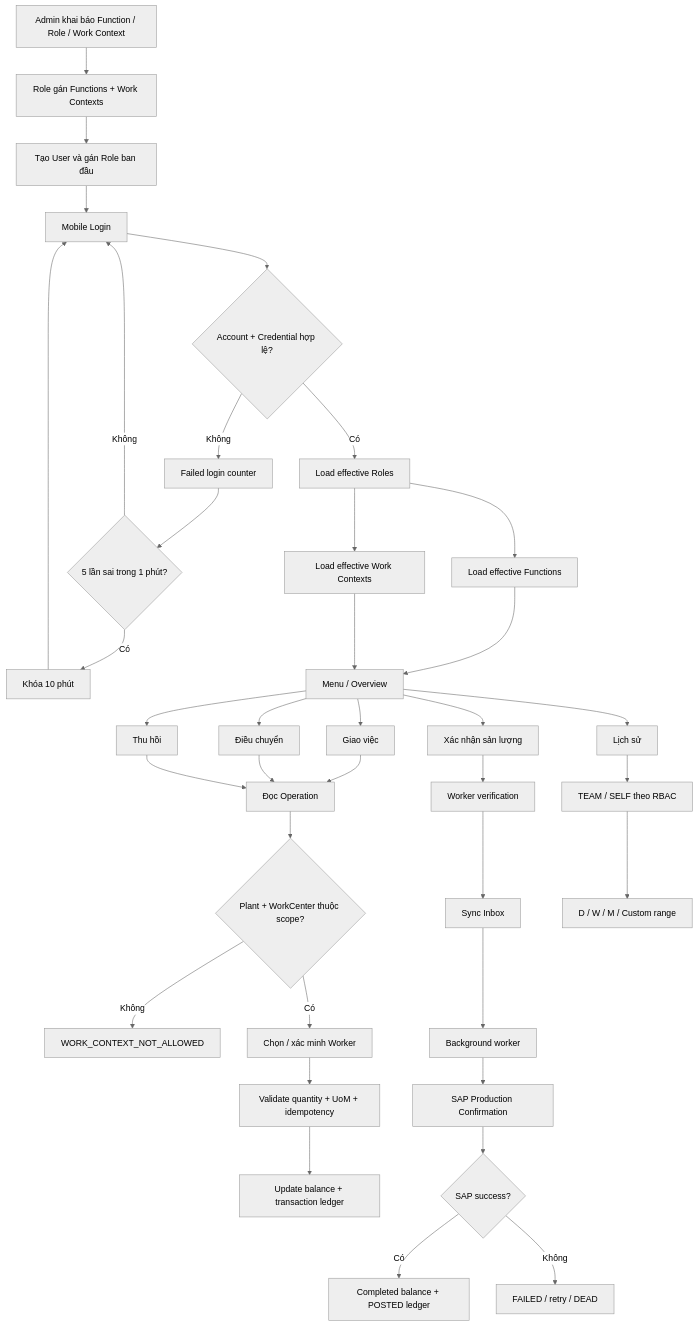
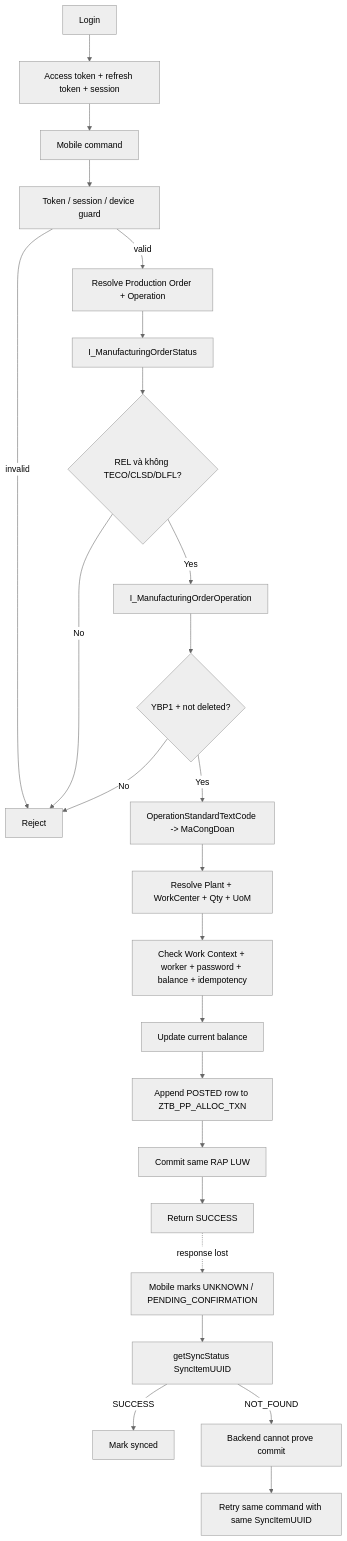
Before and after one commit to nguyenduckhiem1002-dot/abap_casla_app_mobile: the diagram in README.md, drawn with Mermaid (neutral theme). The commit also changed other lines of this file, not shown here.

Commit message:
Rewrite README for direct CASLA transaction architecture

````diff
--- a/README.md
+++ b/README.md
@@ -25,46 +22,27 @@
 ```mermaid
 flowchart TD
-    A[Admin khai báo Function / Role / Work Context] --> B[Role gán Functions + Work Contexts]
-    B --> C[Tạo User và gán Role ban đầu]
-    C --> D[Mobile Login]
+    A[Login] --> B[Access token + refresh token + session]
+    B --> C[Mobile command]
+    C --> D[Token / session / device guard]
+    D -->|invalid| E[Reject]
+    D -->|valid| F[Resolve Production Order + Operation]
+    F --> G[I_ManufacturingOrderStatus]
+    G --> H{REL và không TECO/CLSD/DLFL?}
+    H -->|No| E
+    H -->|Yes| I[I_ManufacturingOrderOperation]
+    I --> J{YBP1 + not deleted?}
+    J -->|No| E
+    J -->|Yes| K[OperationStandardTextCode -> MaCongDoan]
+    K --> L[Resolve Plant + WorkCenter + Qty + UoM]
+    L --> M[Check Work Context + worker + password + balance + idempotency]
+    M --> N[Update current balance]
+    N --> O[Append POSTED row to ZTB_PP_ALLOC_TXN]
+    O --> P[Commit same RAP LUW]
+    P --> Q[Return SUCCESS]
 
-    D --> E{Account + Credential hợp lệ?}
-    E -- Không --> F[Failed login counter]
-    F --> G{5 lần sai trong 1 phút?}
-    G -- Có --> H[Khóa 10 phút]
-    G -- Không --> D
-    H --> D
-
-    E -- Có --> I[Load effective Roles]
-    I --> J[Load effective Functions]
-    I --> K[Load effective Work Contexts]
-    J --> L[Menu / Overview]
-    K --> L
-
-    L --> M[Giao việc]
-    L --> N[Điều chuyển]
-    L --> O[Thu hồi]
-    L --> P[Xác nhận sản lượng]
-    L --> Q[Lịch sử]
-
-    M --> R[Đọc Operation]
-    N --> R
-    O --> R
-
-    R --> S{Plant + WorkCenter thuộc scope?}
-    S -- Không --> T[WORK_CONTEXT_NOT_ALLOWED]
-    S -- Có --> U[Chọn / xác minh Worker]
-    U --> V[Validate quantity + UoM + idempotency]
-    V --> W[Update balance + transaction ledger]
-
-    P --> X[Worker verification]
-    X --> Y[Sync Inbox]
-    Y --> Z[Background worker]
-    Z --> AA[SAP Production Confirmation]
-    AA --> AB{SAP success?}
-    AB -- Có --> AC[Completed balance + POSTED ledger]
-    AB -- Không --> AD[FAILED / retry / DEAD]
-
-    Q --> AE[TEAM / SELF theo RBAC]
-    AE --> AF[D / W / M / Custom range]
+    Q -. response lost .-> R[Mobile marks UNKNOWN / PENDING_CONFIRMATION]
+    R --> S[getSyncStatus SyncItemUUID]
+    S -->|SUCCESS| T[Mark synced]
+    S -->|NOT_FOUND| U[Backend cannot prove commit]
+    U --> V[Retry same command with same SyncItemUUID]
 ```
````
